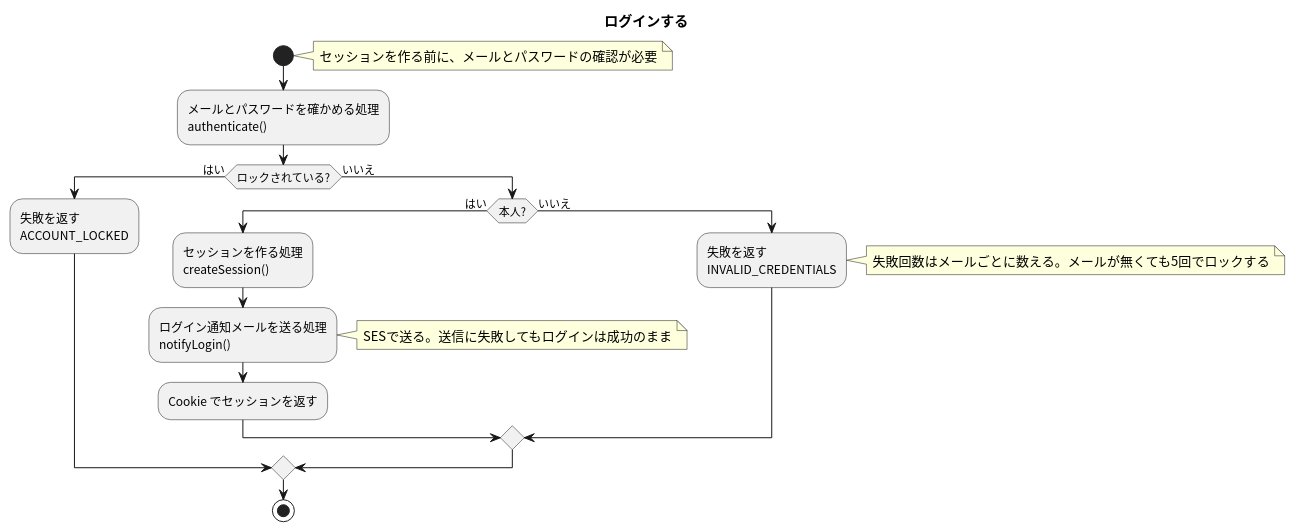
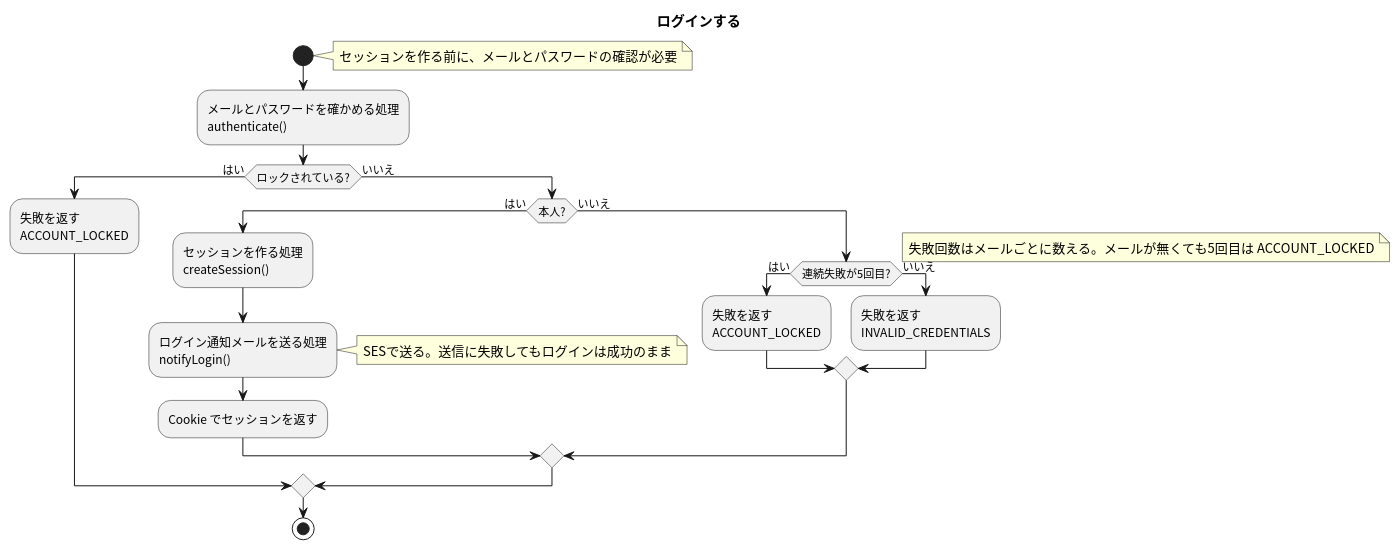
One commit to masamasamasato/design-doc-template changed the diagram in apis/login/flow.puml. Above: the diagram before and after it, drawn with PlantUML. The commit also changed 13 other files, not shown here.

```diff
--- a/apis/login/flow.puml
+++ b/apis/login/flow.puml
@@ -3,25 +3,29 @@
 @startuml
 skinparam shadowing false
 skinparam defaultFontName "Noto Sans CJK JP"
 skinparam ActivityFontName "Noto Sans CJK JP"
 
 title ログインする
 
 start
 note right: セッションを作る前に、メールとパスワードの確認が必要
 :メールとパスワードを確かめる処理\nauthenticate();
 if (ロックされている?) then (はい)
   :失敗を返す\nACCOUNT_LOCKED;
 else (いいえ)
   if (本人?) then (はい)
     :セッションを作る処理\ncreateSession();
     :ログイン通知メールを送る処理\nnotifyLogin();
     note right: SESで送る。送信に失敗してもログインは成功のまま
     :Cookie でセッションを返す;
   else (いいえ)
-    :失敗を返す\nINVALID_CREDENTIALS;
-    note right: 失敗回数はメールごとに数える。メールが無くても5回でロックする
+    if (連続失敗が5回目?) then (はい)
+      :失敗を返す\nACCOUNT_LOCKED;
+    else (いいえ)
+      :失敗を返す\nINVALID_CREDENTIALS;
+    endif
+    note right: 失敗回数はメールごとに数える。メールが無くても5回目は ACCOUNT_LOCKED
   endif
 endif
 stop
 @enduml
```
